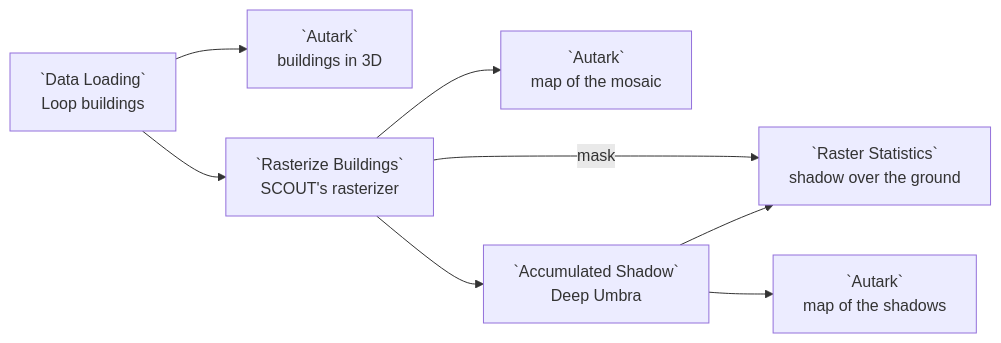
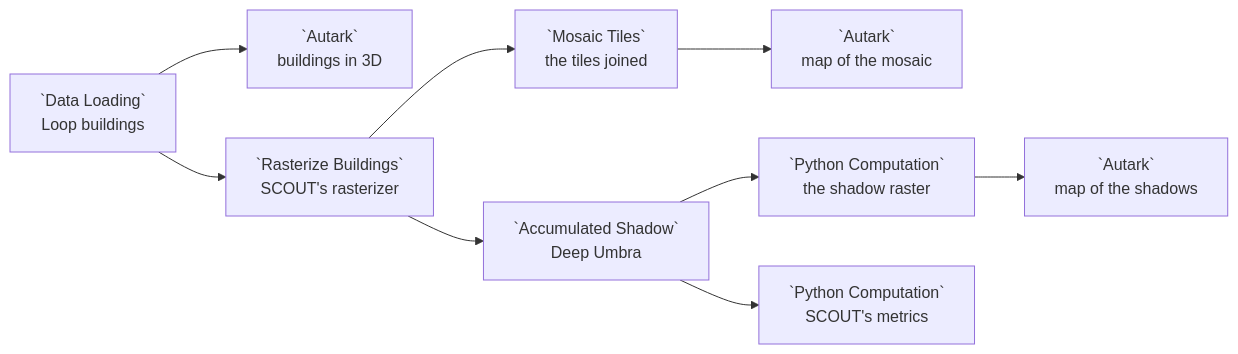
Before and after one commit to urban-toolkit/curio: the diagram in docs/examples/24-scout-building-rasters.md, drawn with Mermaid. The commit also changed other lines of this file and 385 other files, not shown here.

````diff
--- a/docs/examples/24-scout-building-rasters.md
+++ b/docs/examples/24-scout-building-rasters.md
@@ -16,10 +17,11 @@
 ```mermaid
 flowchart LR
   L[`Data Loading`<br/>Loop buildings] --> F[`Autark`<br/>buildings in 3D]
   L --> R[`Rasterize Buildings`<br/>SCOUT's rasterizer]
-  R --> M[`Autark`<br/>map of the mosaic]
+  R --> T[`Mosaic Tiles`<br/>the tiles joined]
+  T --> M[`Autark`<br/>map of the mosaic]
   R --> D[`Accumulated Shadow`<br/>Deep Umbra]
-  D --> S[`Raster Statistics`<br/>shadow over the ground]
-  R -- mask --> S
-  D --> A[`Autark`<br/>map of the shadows]
+  D --> P[`Python Computation`<br/>the shadow raster]
+  D --> S[`Python Computation`<br/>SCOUT's metrics]
+  P --> A[`Autark`<br/>map of the shadows]
 ```
````
